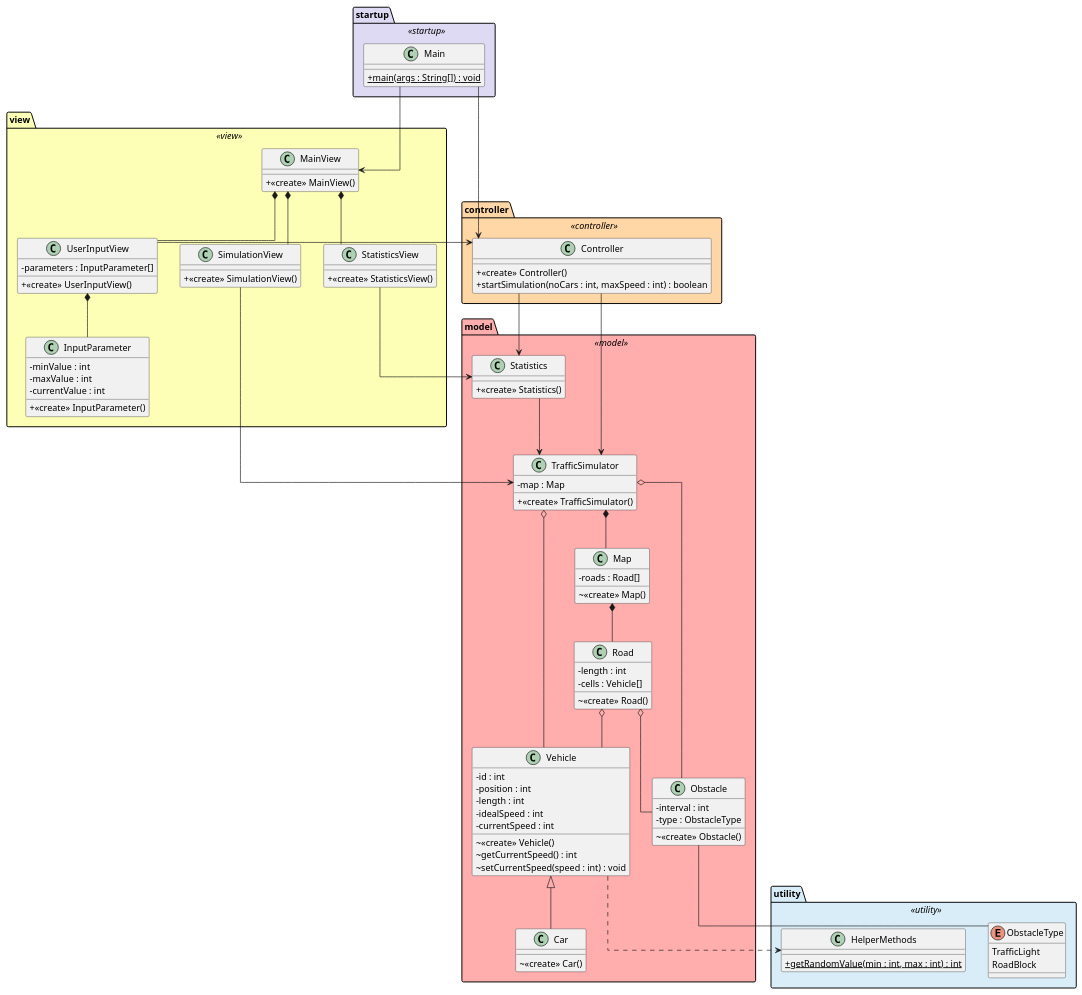
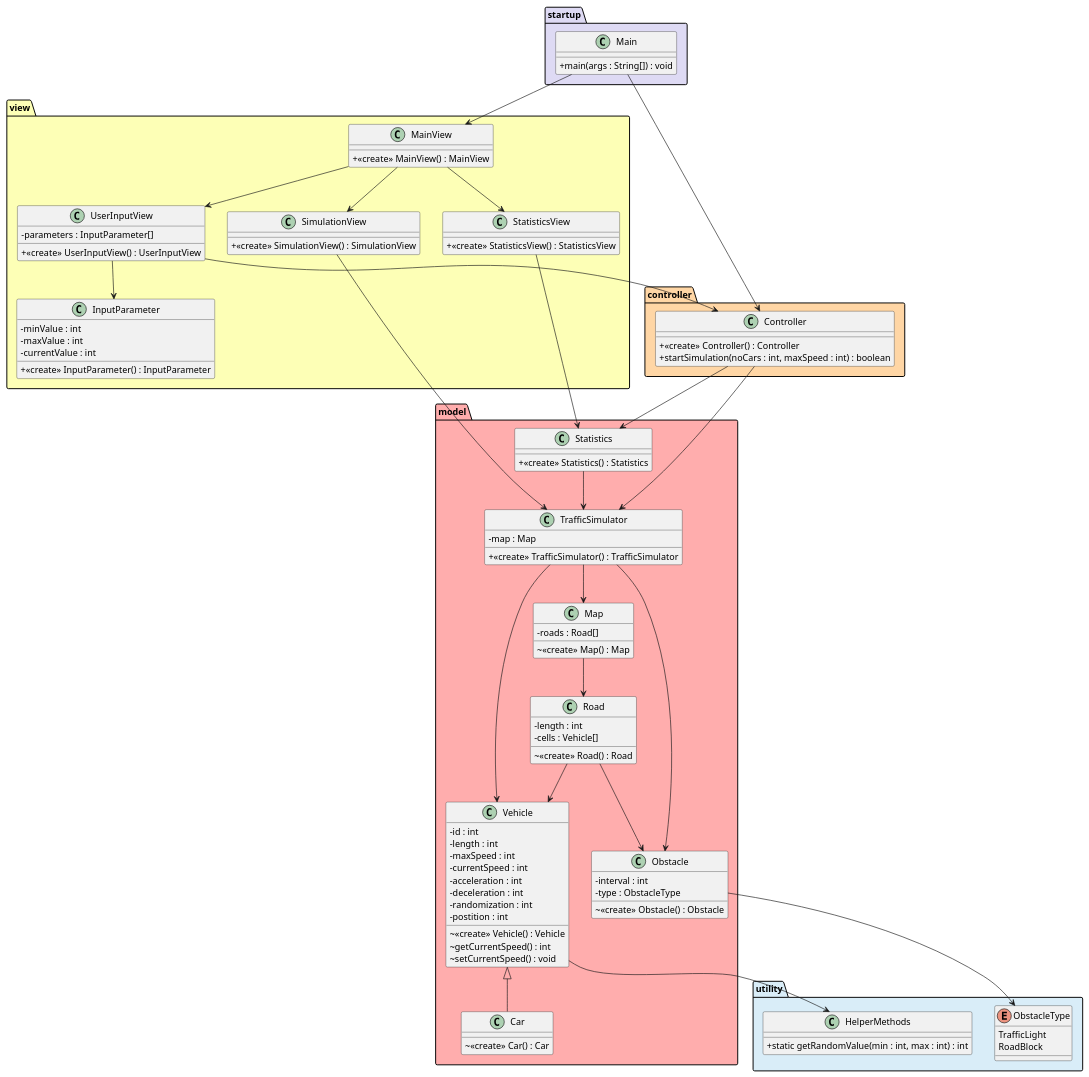
The diagram in class-diagram.puml (holmgren23/traffic-simulator), drawn with PlantUML before and after one commit.

Commit message:
plantUML that hopefully works for everybody

```diff
--- a/class-diagram.puml
+++ b/class-diagram.puml
@@ -1,131 +1,145 @@
 @startuml TrafficSimulator
 skinparam classAttributeIconSize 0
-skinparam linetype ortho
 
-' Färgschema
-skinparam package {
-    BackgroundColor<<model>> #FFADAD
-    BackgroundColor<<controller>> #FFD6A5
-    BackgroundColor<<view>> #FDFFB6
-    BackgroundColor<<utility>> #D9EDF8
-    BackgroundColor<<startup>> #DEDAF4
+/'colors
+#FFADAD
+#FFD6A5
+#FDFFB6
+#E4F1EE
+#D9EDF8
+#DEDAF4'/
+
+package model #FFADAD {
+  class TrafficSimulator {
+  - map : Map
+  + <<create>> TrafficSimulator() : TrafficSimulator
+  }
+
+  class Vehicle {
+    - id : int
+    - length : int
+    - maxSpeed : int
+    - currentSpeed : int
+    - acceleration : int
+    - deceleration : int
+    - randomization : int
+    - postition : int
+    ~ <<create>> Vehicle() : Vehicle
+    ~ getCurrentSpeed() : int
+    ~ setCurrentSpeed() : void
+  }
+
+  class Car {
+    ~ <<create>> Car() : Car
+  }
+
+  class Map {
+    - roads : Road[]
+    ~ <<create>> Map() : Map
+  }
+
+  class Road {
+    - length : int
+    - cells : Vehicle[]
+    ~ <<create>> Road() : Road
+  }
+
+  class Obstacle {
+    - interval : int
+    - type : ObstacleType
+    ~ <<create>> Obstacle() : Obstacle
+  }
+
+  class Statistics {
+    + <<create>> Statistics() : Statistics
+  }
+
+  TrafficSimulator --> Map
+  TrafficSimulator --> Vehicle
+  TrafficSimulator --> Obstacle
+  Map --> Road
+  Road --> Obstacle
+  Road --> Vehicle
+  Vehicle <|-- Car
+  Statistics --> TrafficSimulator
 }
 
-package "startup" <<startup>> {
-    class Main {
-        + {static} main(args : String[]) : void
-    }
+package controller #FFD6A5 {
+  class Controller {
+    + <<create>> Controller() : Controller
+    + startSimulation(noCars : int, maxSpeed : int) : boolean
+  }
+
+  Controller --> Statistics
+  Controller --> TrafficSimulator
 }
 
-package "model" <<model>> {
-    class TrafficSimulator {
-        - map : Map
-        + <<create>> TrafficSimulator()
-    }
+package view #FDFFB6 {
+  class MainView {
+    + <<create>> MainView() : MainView
+  }
+  class UserInputView {
+    - parameters : InputParameter[]
+    + <<create>> UserInputView() : UserInputView
+  }
 
-    class Vehicle {
-        - id : int
-        - position : int
-        - length : int
-        - idealSpeed : int
-        - currentSpeed : int
-        ~ <<create>> Vehicle()
-        ~ getCurrentSpeed() : int
-        ~ setCurrentSpeed(speed : int) : void
-    }
+  class InputParameter {
+    - minValue : int
+    - maxValue : int
+    - currentValue : int 
+    + <<create>> InputParameter() : InputParameter
+  }
 
-    class Car {
-        ~ <<create>> Car()
-    }
+  class StatisticsView {
+    + <<create>> StatisticsView() : StatisticsView
+  }
 
-    class Map {
-        - roads : Road[]
-        ~ <<create>> Map()
-    }
+  class SimulationView {
+    + <<create>> SimulationView() : SimulationView
+  }
 
-    class Road {
-        - length : int
-        - cells : Vehicle[]
-        ~ <<create>> Road()
-    }
-
-    class Obstacle {
-        - interval : int
-        - type : ObstacleType
-        ~ <<create>> Obstacle()
-    }
-
-    class Statistics {
-        + <<create>> Statistics()
-    }
+  MainView --> UserInputView
+  MainView --> StatisticsView
+  MainView --> SimulationView
+  UserInputView --> InputParameter
+  
+  UserInputView --> Controller
+  StatisticsView --> Statistics
+  SimulationView --> TrafficSimulator
 }
 
-package "controller" <<controller>> {
-    class Controller {
-        + <<create>> Controller()
-        + startSimulation(noCars : int, maxSpeed : int) : boolean
-    }
+package utility #D9EDF8 {
+  enum ObstacleType {
+    TrafficLight
+    RoadBlock
+  }
+
+  class HelperMethods {
+    + static getRandomValue(min : int, max : int) : int
+  }
+
+
+  Obstacle --> ObstacleType
+  Vehicle --> HelperMethods
 }
 
-package "view" <<view>> {
-    class MainView {
-        + <<create>> MainView()
-    }
-    class UserInputView {
-        - parameters : InputParameter[]
-        + <<create>> UserInputView()
-    }
-    class InputParameter {
-        - minValue : int
-        - maxValue : int
-        - currentValue : int 
-        + <<create>> InputParameter()
-    }
-    class StatisticsView {
-        + <<create>> StatisticsView()
-    }
-    class SimulationView {
-        + <<create>> SimulationView()
-    }
+package startup #DEDAF4 {
+  class Main {
+  + main(args : String[]) : void
+}
+  Main --> Controller
+  Main --> MainView
 }
 
-package "utility" <<utility>> {
-    enum ObstacleType {
-        TrafficLight
-        RoadBlock
-    }
-    class HelperMethods {
-        + {static} getRandomValue(min : int, max : int) : int
-    }
-}
+/'startup'/
 
-' Relationer
-Main -down-> Controller
-Main -down-> MainView
 
-Controller -down-> TrafficSimulator
-Controller -right-> Statistics
+/'model'/
 
-TrafficSimulator *-- Map
-TrafficSimulator o-- Vehicle
-TrafficSimulator o-- Obstacle
+/'utility'/
 
-Map *-- Road
-Road o-- Vehicle
-Road o-- Obstacle
 
-Vehicle <|-- Car
-Vehicle .right.> HelperMethods
-Obstacle -- ObstacleType
 
-MainView *-- UserInputView
-MainView *-- StatisticsView
-MainView *-- SimulationView
-UserInputView *-- InputParameter
-
-UserInputView -left-> Controller
-StatisticsView --> Statistics
-SimulationView --> TrafficSimulator
-Statistics --> TrafficSimulator
+/'view'
 
 @enduml
```
